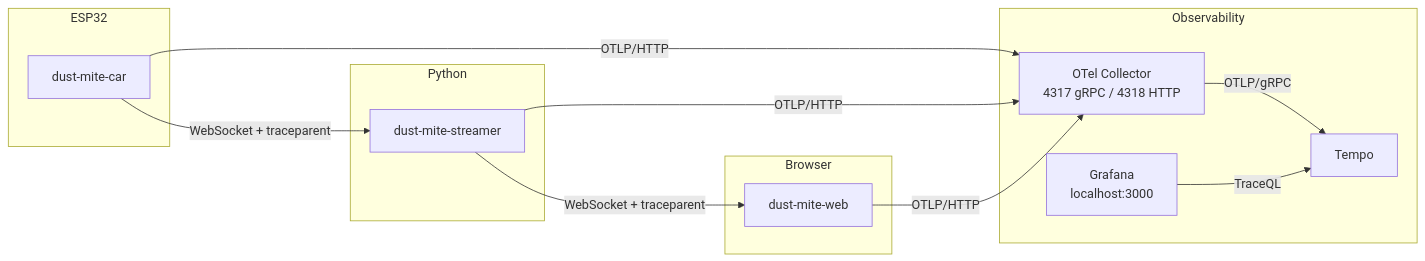
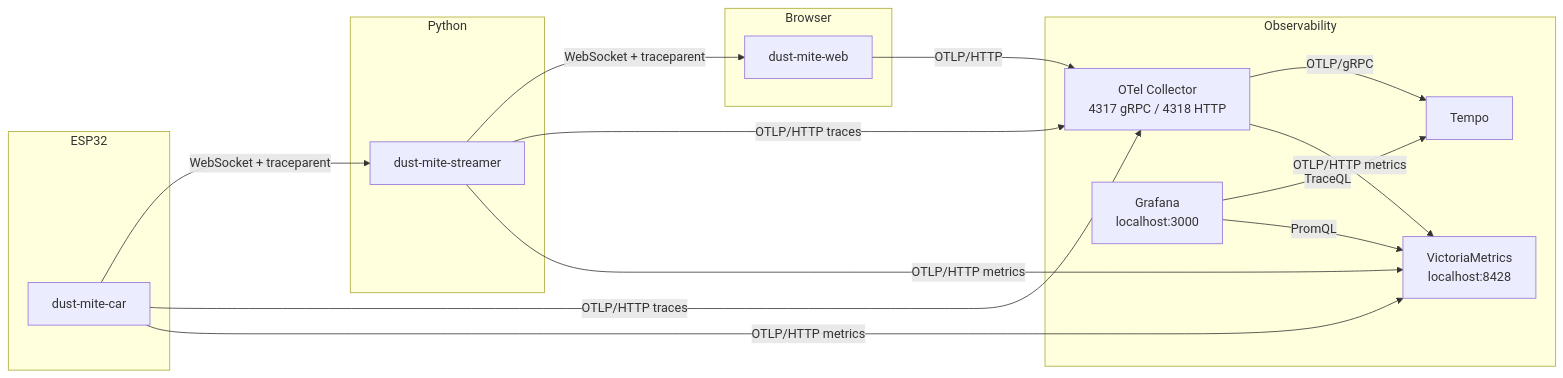
One commit to ltowarek/dust-mite changed the diagram in CONTRIBUTING.md. Above: the diagram before and after it, drawn with Mermaid. The commit also changed other lines of this file and 43 other files, not shown here.

````diff
--- a/CONTRIBUTING.md
+++ b/CONTRIBUTING.md
@@ -110,25 +110,30 @@
 ```mermaid
 flowchart LR
     subgraph car ["ESP32"]
         FW["dust-mite-car"]
     end
     subgraph python ["Python"]
         STR["dust-mite-streamer"]
     end
     subgraph browser ["Browser"]
         WEB["dust-mite-web"]
     end
     subgraph observability ["Observability"]
         OC["OTel Collector\n4317 gRPC / 4318 HTTP"]
         TEMPO["Tempo"]
+        VM["VictoriaMetrics\nlocalhost:8428"]
         GRAF["Grafana\nlocalhost:3000"]
     end
 
     FW -- "WebSocket + traceparent" --> STR
     STR -- "WebSocket + traceparent" --> WEB
-    FW -- "OTLP/HTTP" --> OC
-    STR -- "OTLP/HTTP" --> OC
+    FW -- "OTLP/HTTP traces" --> OC
+    FW -- "OTLP/HTTP metrics" --> VM
+    STR -- "OTLP/HTTP traces" --> OC
+    STR -- "OTLP/HTTP metrics" --> VM
     WEB -- "OTLP/HTTP" --> OC
     OC -- "OTLP/gRPC" --> TEMPO
+    OC -- "OTLP/HTTP metrics" --> VM
     GRAF -- "TraceQL" --> TEMPO
+    GRAF -- "PromQL" --> VM
 ```
````
